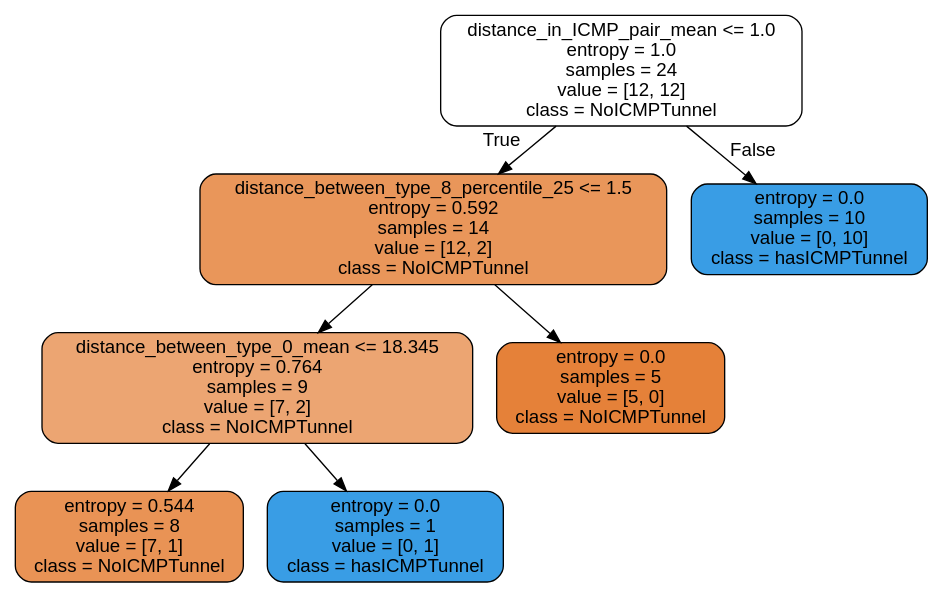
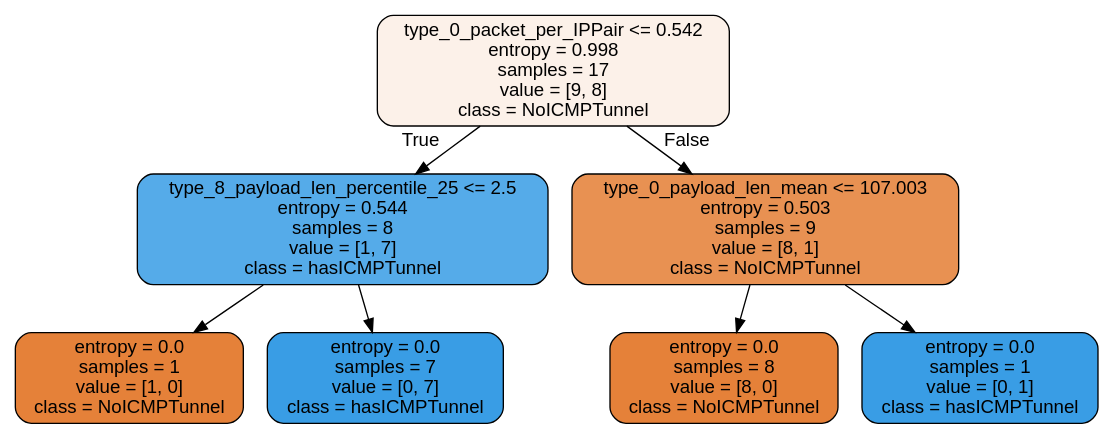
One commit to parahaoer/extractFeaturesFromICMPPcap changed the diagram in images/Tree/iris_tree.dot. Above: the diagram before and after it, drawn with Graphviz. The commit also changed 98 other files, not shown here.

```diff
--- a/images/Tree/iris_tree.dot
+++ b/images/Tree/iris_tree.dot
@@ -1,17 +1,17 @@
 digraph Tree {
 node [shape=box, style="filled, rounded", color="black", fontname=helvetica] ;
 edge [fontname=helvetica] ;
-0 [label="distance_in_ICMP_pair_mean <= 1.0\nentropy = 1.0\nsamples = 24\nvalue = [12, 12]\nclass = NoICMPTunnel", fillcolor="#ffffff"] ;
-1 [label="distance_between_type_8_percentile_25 <= 1.5\nentropy = 0.592\nsamples = 14\nvalue = [12, 2]\nclass = NoICMPTunnel", fillcolor="#e9965a"] ;
+0 [label="type_0_packet_per_IPPair <= 0.542\nentropy = 0.998\nsamples = 17\nvalue = [9, 8]\nclass = NoICMPTunnel", fillcolor="#fcf1e9"] ;
+1 [label="type_8_payload_len_percentile_25 <= 2.5\nentropy = 0.544\nsamples = 8\nvalue = [1, 7]\nclass = hasICMPTunnel", fillcolor="#55abe9"] ;
 0 -> 1 [labeldistance=2.5, labelangle=45, headlabel="True"] ;
-2 [label="distance_between_type_0_mean <= 18.345\nentropy = 0.764\nsamples = 9\nvalue = [7, 2]\nclass = NoICMPTunnel", fillcolor="#eca572"] ;
+2 [label="entropy = 0.0\nsamples = 1\nvalue = [1, 0]\nclass = NoICMPTunnel", fillcolor="#e58139"] ;
 1 -> 2 ;
-3 [label="entropy = 0.544\nsamples = 8\nvalue = [7, 1]\nclass = NoICMPTunnel", fillcolor="#e99355"] ;
-2 -> 3 ;
-4 [label="entropy = 0.0\nsamples = 1\nvalue = [0, 1]\nclass = hasICMPTunnel", fillcolor="#399de5"] ;
-2 -> 4 ;
-5 [label="entropy = 0.0\nsamples = 5\nvalue = [5, 0]\nclass = NoICMPTunnel", fillcolor="#e58139"] ;
-1 -> 5 ;
-6 [label="entropy = 0.0\nsamples = 10\nvalue = [0, 10]\nclass = hasICMPTunnel", fillcolor="#399de5"] ;
-0 -> 6 [labeldistance=2.5, labelangle=-45, headlabel="False"] ;
+3 [label="entropy = 0.0\nsamples = 7\nvalue = [0, 7]\nclass = hasICMPTunnel", fillcolor="#399de5"] ;
+1 -> 3 ;
+4 [label="type_0_payload_len_mean <= 107.003\nentropy = 0.503\nsamples = 9\nvalue = [8, 1]\nclass = NoICMPTunnel", fillcolor="#e89152"] ;
+0 -> 4 [labeldistance=2.5, labelangle=-45, headlabel="False"] ;
+5 [label="entropy = 0.0\nsamples = 8\nvalue = [8, 0]\nclass = NoICMPTunnel", fillcolor="#e58139"] ;
+4 -> 5 ;
+6 [label="entropy = 0.0\nsamples = 1\nvalue = [0, 1]\nclass = hasICMPTunnel", fillcolor="#399de5"] ;
+4 -> 6 ;
 }
```
